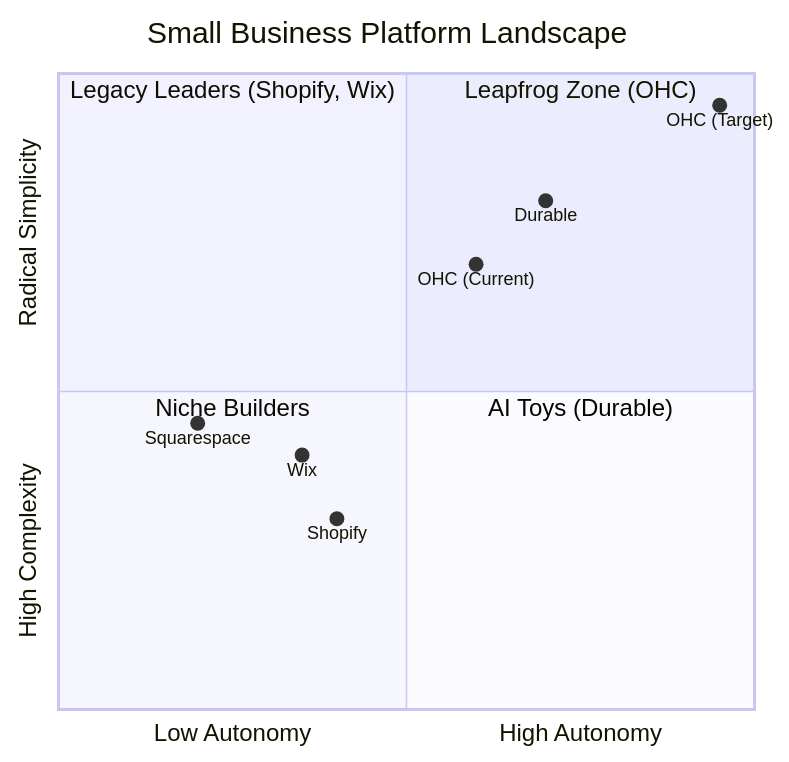
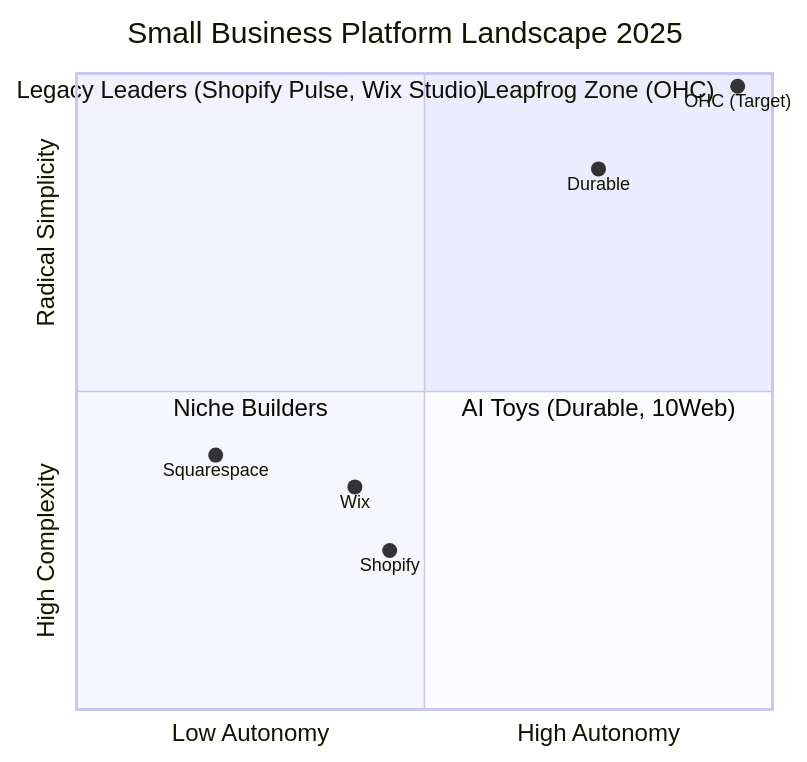
One commit to omnisolo-llc/onehumancorp changed the diagram in docs/research/market_feature_gap_matrix.md. Above: the diagram before and after it, drawn with Mermaid. The commit also changed other lines of this file and 7 other files, not shown here.

````diff
--- a/docs/research/market_feature_gap_matrix.md
+++ b/docs/research/market_feature_gap_matrix.md
@@ -14,16 +14,15 @@
 ```mermaid
 quadrantChart
-    title Small Business Platform Landscape
+    title Small Business Platform Landscape 2025
     x-axis Low Autonomy --> High Autonomy
     y-axis High Complexity --> Radical Simplicity
     quadrant-1 "Leapfrog Zone (OHC)"
-    quadrant-2 "Legacy Leaders (Shopify, Wix)"
+    quadrant-2 "Legacy Leaders (Shopify Pulse, Wix Studio)"
     quadrant-3 "Niche Builders"
-    quadrant-4 "AI Toys (Durable)"
-    "Shopify": [0.4, 0.3]
-    "Wix": [0.35, 0.4]
-    "Squarespace": [0.2, 0.45]
-    "Durable": [0.7, 0.8]
-    "OHC (Current)": [0.6, 0.7]
-    "OHC (Target)": [0.95, 0.95]
+    quadrant-4 "AI Toys (Durable, 10Web)"
+    "Shopify": [0.45, 0.25]
+    "Wix": [0.4, 0.35]
+    "Squarespace": [0.2, 0.4]
+    "Durable": [0.75, 0.85]
+    "OHC (Target)": [0.95, 0.98]
 ```
````
